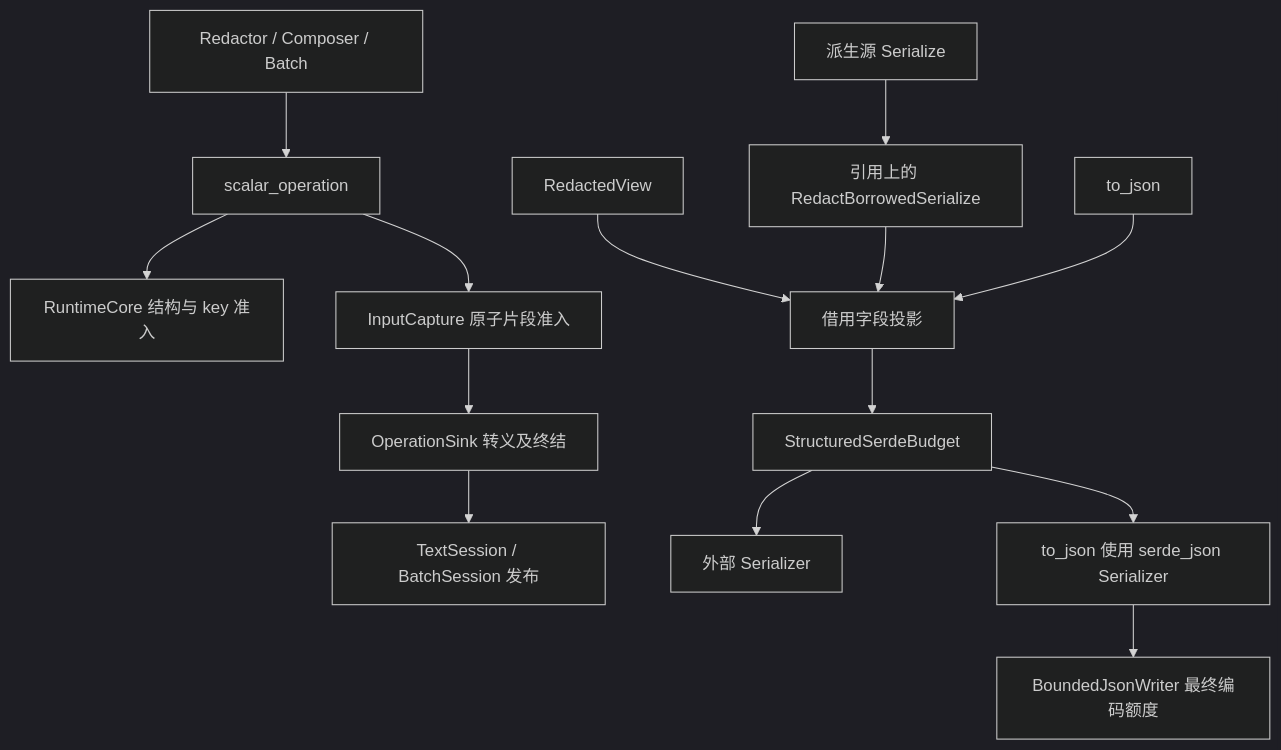
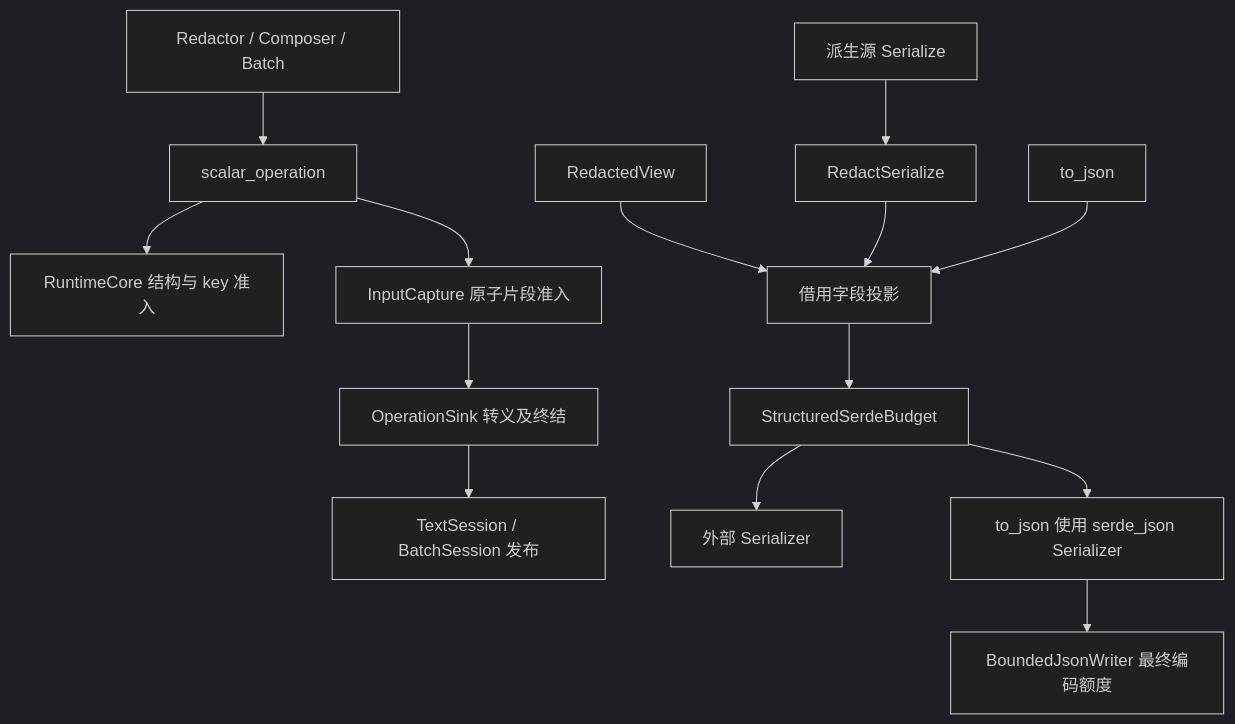
The diagram in doc/design.zh_CN.md (qubit-ltd/rs-redact), drawn with Mermaid (dark theme) before and after one commit. The commit also changed other lines of this file and 13 other files, not shown here.

````diff
--- a/doc/design.zh_CN.md
+++ b/doc/design.zh_CN.md
@@ -65,16 +65,16 @@
 ```mermaid
 flowchart TD
     A[Redactor / Composer / Batch] --> S[scalar_operation]
     S --> R[RuntimeCore 结构与 key 准入]
     S --> C[InputCapture 原子片段准入]
     C --> O[OperationSink 转义及终结]
     O --> T[TextSession / BatchSession 发布]
     V[RedactedView] --> P[借用字段投影]
-    D[派生源 Serialize] --> H[引用上的 RedactBorrowedSerialize]
+    D[派生源 Serialize] --> H[RedactSerialize]
     H --> P
     P --> B[StructuredSerdeBudget]
     B --> X[外部 Serializer]
     J[to_json] --> P
     B --> Y[to_json 使用 serde_json Serializer]
     Y --> W[BoundedJsonWriter 最终编码额度]
 ```
````
